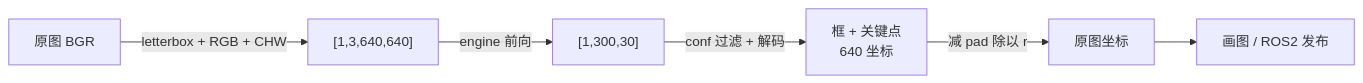
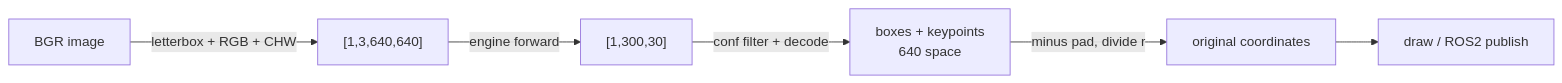
One commit to Korotomx/STD changed the diagram in Artificial_Intelligence/DeepLearningRM/学习笔记/功能实现/N026 TensorRT-engine推理全流程.md. Above: the diagram before and after it, drawn with Mermaid. The commit also changed other lines of this file and 173 other files, not shown here.

````diff
--- a/Artificial_Intelligence/DeepLearningRM/学习笔记/功能实现/N026 TensorRT-engine推理全流程.md
+++ b/Artificial_Intelligence/DeepLearningRM/学习笔记/功能实现/N026 TensorRT-engine推理全流程.md
@@ -67,8 +13,8 @@
 ```mermaid
 flowchart LR
-    A[原图 BGR] -->|letterbox + RGB + CHW| B["[1,3,640,640]"]
-    B -->|engine 前向| C["[1,300,30]"]
-    C -->|conf 过滤 + 解码| D[框 + 关键点<br/>640 坐标]
-    D -->|减 pad 除以 r| E[原图坐标]
-    E --> F[画图 / ROS2 发布]
+    A["BGR image"] -->|"letterbox + RGB + CHW"| B["[1,3,640,640]"]
+    B -->|"engine forward"| C["[1,300,30]"]
+    C -->|"conf filter + decode"| D["boxes + keypoints<br/>640 space"]
+    D -->|"minus pad, divide r"| E["original coordinates"]
+    E --> F["draw / ROS2 publish"]
 ```
````
